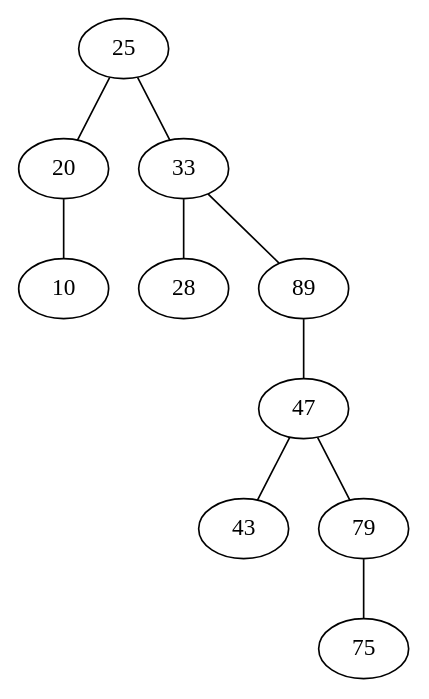
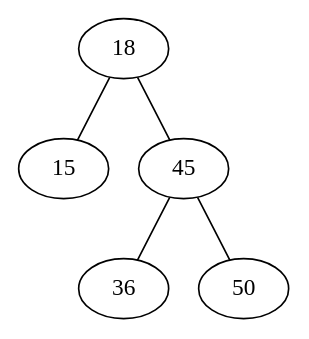
The diagram in Main/main.dot (kevllino/Multithreading), drawn with Graphviz before and after one commit. The commit also changed 11 other files, not shown here.

Commit message:
Calcul moyenne+ajout des noeuds aux graphes

```diff
--- a/Main/main.dot
+++ b/Main/main.dot
@@ -1,11 +1,6 @@
 graph main {
-25 -- 20
-25 -- 33;
-20 -- 10
-33 -- 28
-33 -- 89;
-89 -- 47
-47 -- 43
-47 -- 79;
-79 -- 75
+18 -- 15
+18 -- 45;
+45 -- 36
+45 -- 50;
 }
```
